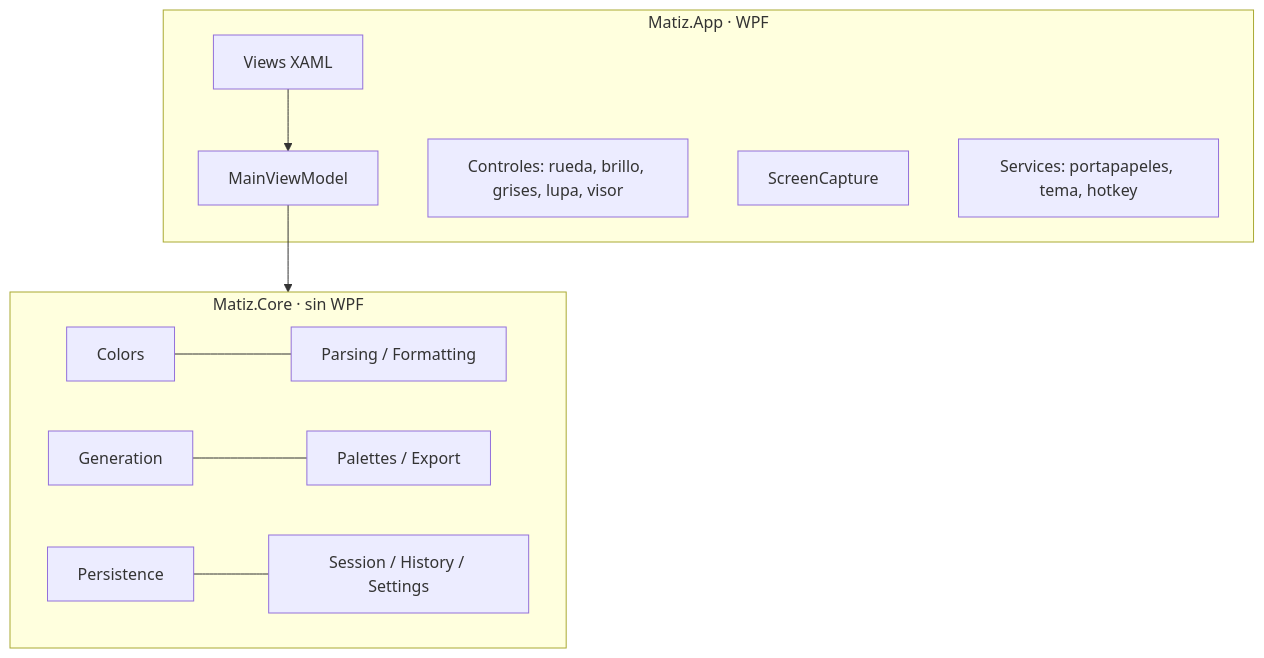
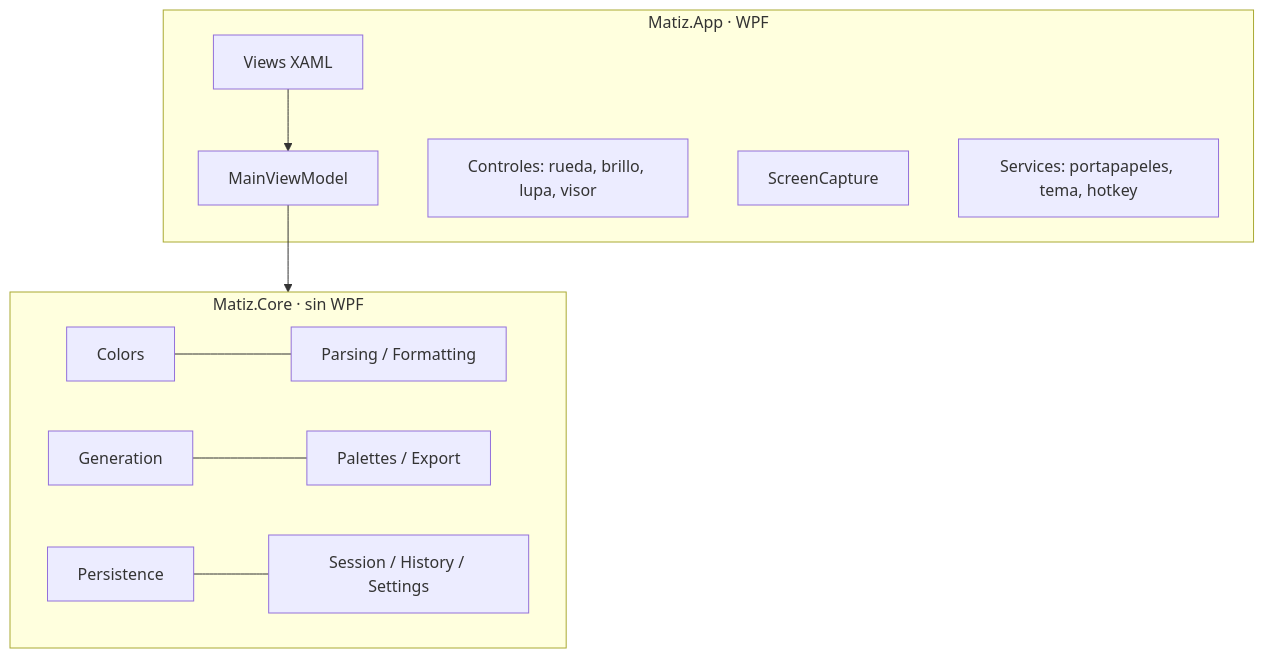
The diagram in docs/vault/04 Arquitectura/Arquitectura general.md (quiro90/matiz), drawn with Mermaid before and after one commit. The commit also changed 3 other files, not shown here.

````diff
--- a/docs/vault/04 Arquitectura/Arquitectura general.md
+++ b/docs/vault/04 Arquitectura/Arquitectura general.md
@@ -5,15 +5,15 @@
 ```mermaid
 flowchart TB
   subgraph App[Matiz.App · WPF]
     V[Views XAML] --> VM[MainViewModel]
-    C[Controles: rueda, brillo, grises, lupa, visor]
+    C[Controles: rueda, brillo, lupa, visor]
     SC[ScreenCapture]
     SV[Services: portapapeles, tema, hotkey]
   end
   subgraph Core[Matiz.Core · sin WPF]
     M[Colors] --- P[Parsing / Formatting]
     G[Generation] --- PA[Palettes / Export]
     PS[Persistence] --- SE[Session / History / Settings]
   end
   VM --> Core
 ```
````
